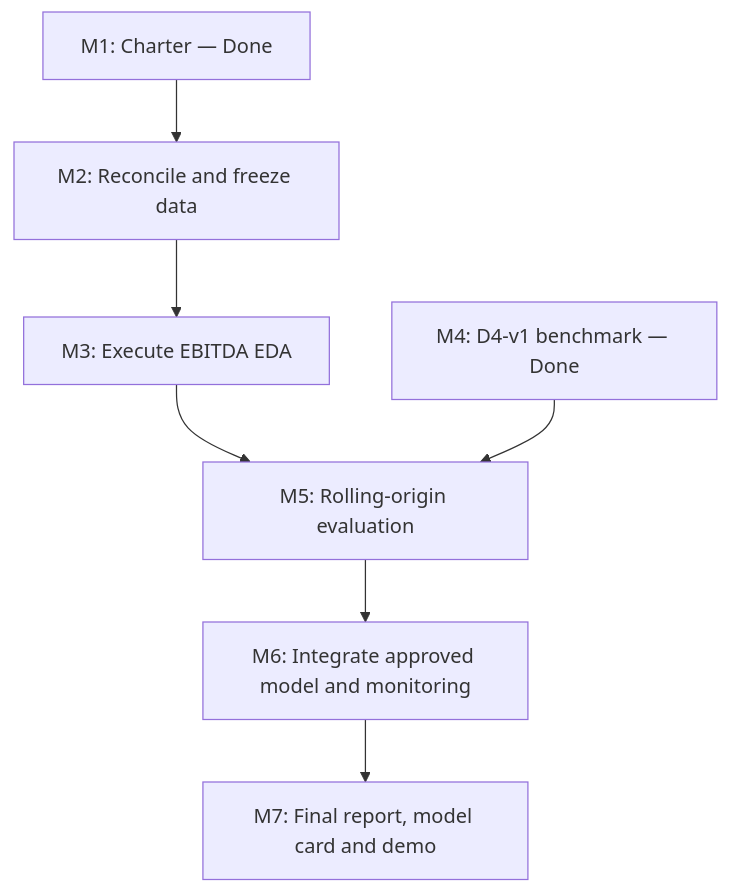
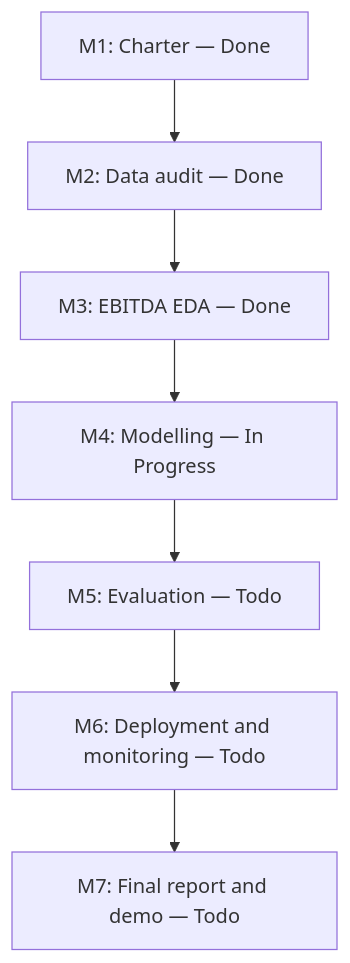
Before and after one commit to Biharibabuu/Capstone-Project: the diagram in docs/GITHUB_PROJECT_BOARD.md, drawn with Mermaid. The commit also changed other lines of this file, not shown here.

````diff
--- a/docs/GITHUB_PROJECT_BOARD.md
+++ b/docs/GITHUB_PROJECT_BOARD.md
@@ -33,9 +33,9 @@
 ```mermaid
 flowchart TD
-  A[M2: Reconcile and freeze data] --> B[M3: Execute EBITDA EDA]
-  B --> C[M5: Rolling-origin evaluation]
-  C --> D[M6: Integrate approved model and monitoring]
-  D --> E[M7: Final report, model card and demo]
-  F[M1: Charter — Done] --> A
-  G[M4: D4-v1 benchmark — Done] --> C
+  A[M1: Charter — Done] --> B[M2: Data audit — Done]
+  B --> C[M3: EBITDA EDA — Done]
+  C --> D[M4: Modelling — In Progress]
+  D --> E[M5: Evaluation — Todo]
+  E --> F[M6: Deployment and monitoring — Todo]
+  F --> G[M7: Final report and demo — Todo]
 ```
````
